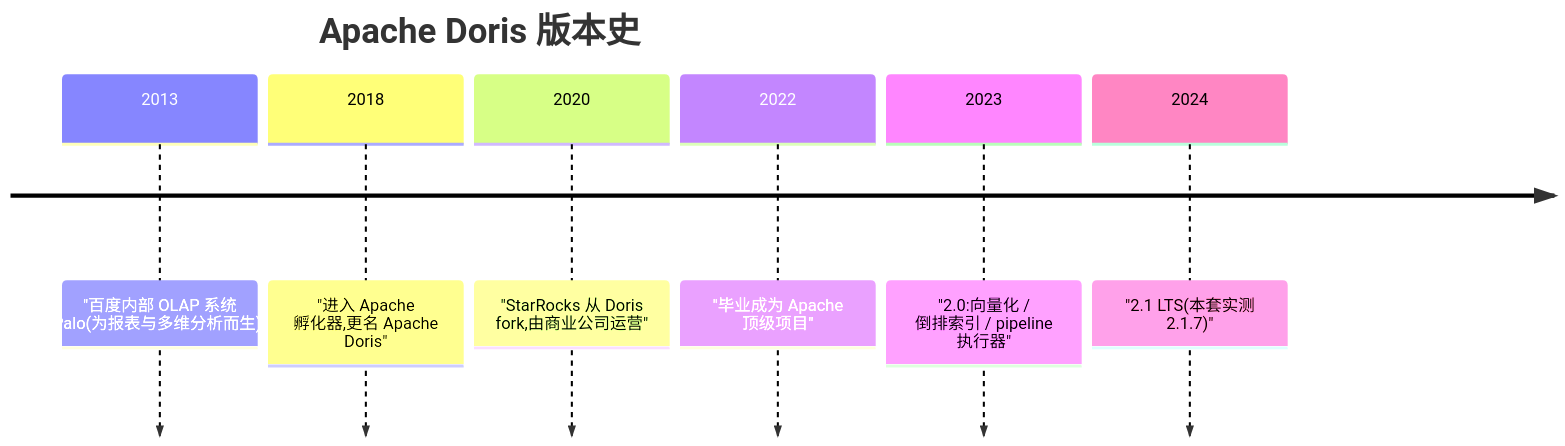
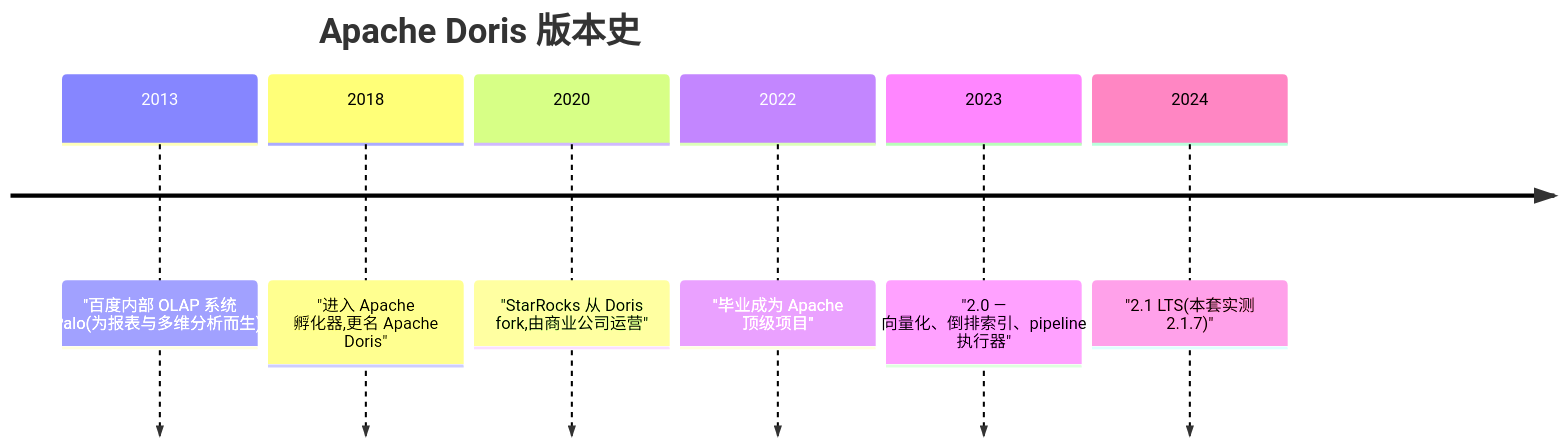
Before and after one commit to passiolin/docs: the first of 7 diagrams in docs/部署相关/doris/README.md, drawn with Mermaid.

Commit message:
修复 mermaid 解析失败:doris timeline 事件文本内嵌冒号
timeline 语法中冒号是年份与文本的分隔符,事件文本内的 "2.0:" 即使加引号
也会触发 parse error;改为破折号。全仓 56 个 mermaid 块经 mermaid 12.1.0
真实 parser 逐一验证,0 失败。

````diff
--- a/docs/部署相关/doris/README.md
+++ b/docs/部署相关/doris/README.md
@@ -27,10 +27,10 @@
 ```mermaid
 timeline
     title Apache Doris 版本史
     2013 : "百度内部 OLAP 系统 Palo(为报表与多维分析而生)"
     2018 : "进入 Apache 孵化器,更名 Apache Doris"
     2020 : "StarRocks 从 Doris fork,由商业公司运营"
     2022 : "毕业成为 Apache 顶级项目"
-    2023 : "2.0:向量化 / 倒排索引 / pipeline 执行器"
+    2023 : "2.0 — 向量化、倒排索引、pipeline 执行器"
     2024 : "2.1 LTS(本套实测 2.1.7)"
 ```
````
